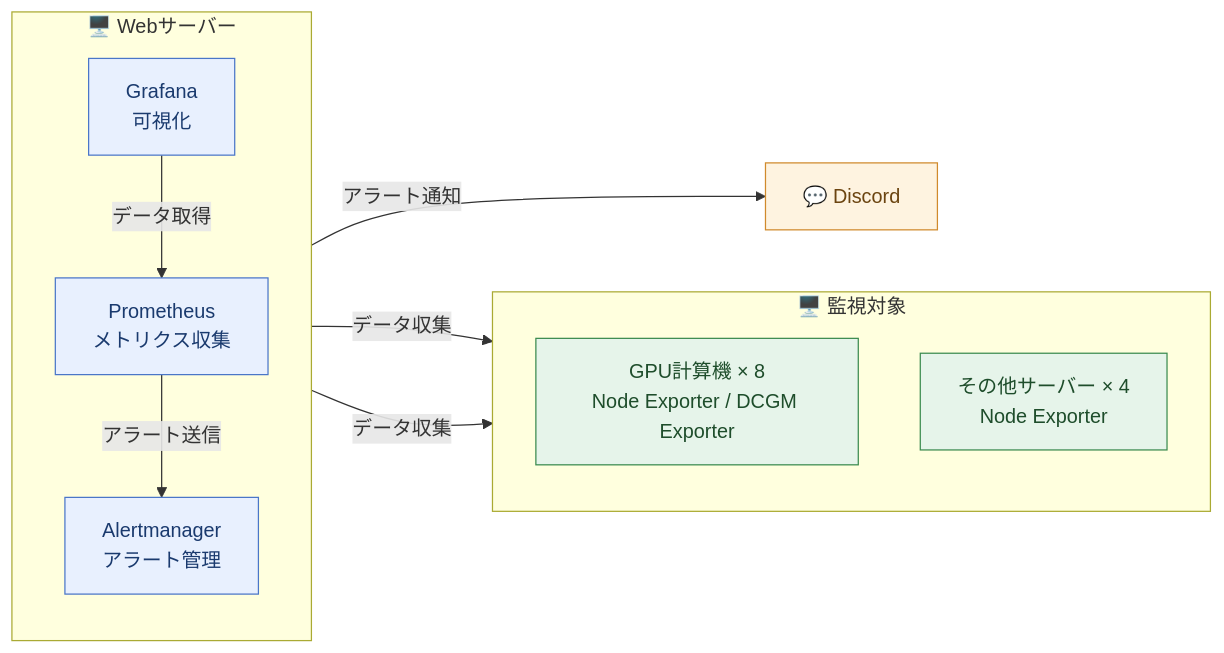
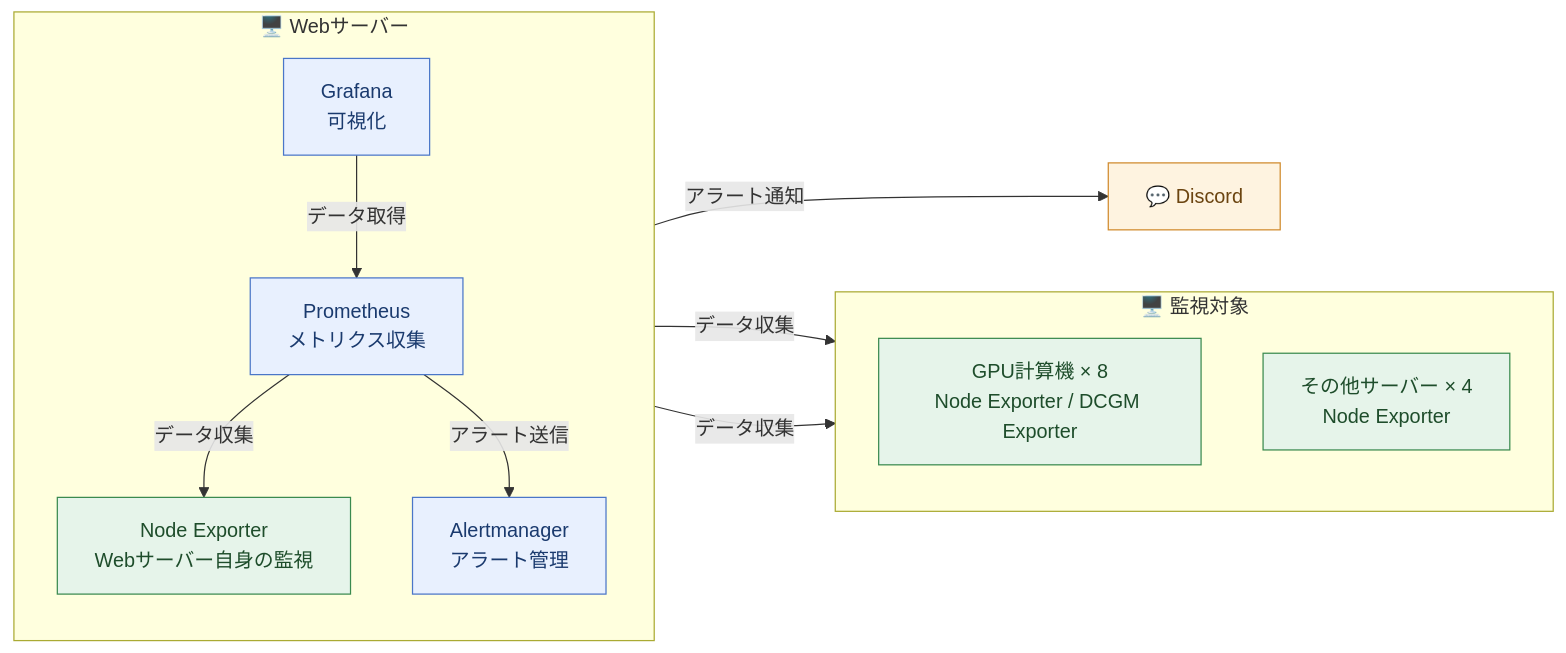
One commit to HayateKato/zenn-content changed the diagram in articles/monitoring-system.md. Above: the diagram before and after it, drawn with Mermaid. The commit also changed other lines of this file, not shown here.

````diff
--- a/articles/monitoring-system.md
+++ b/articles/monitoring-system.md
@@ -22,29 +41,31 @@
 ```mermaid
 flowchart LR
     subgraph web["🖥️ Webサーバー"]
         direction TB
         G["Grafana<br/>可視化"]
         P["Prometheus<br/>メトリクス収集"]
         A["Alertmanager<br/>アラート管理"]
+        W["Node Exporter<br/>Webサーバー自身の監視"]
+        P -- データ収集 --> W
         G -- データ取得 --> P
         P -- アラート送信 --> A
     end
 
     subgraph targets["🖥️ 監視対象"]
         direction TB
         GPU["GPU計算機 × 8<br/>Node Exporter / DCGM Exporter"]
         OTH["その他サーバー × 4<br/>Node Exporter"]
     end
 
     P -- データ収集 --> GPU
     P -- データ収集 --> OTH
     A -- アラート通知 --> S["💬 Discord"]
 
     classDef monitor fill:#e8f0fe,stroke:#4a76c8,color:#1a3a6e
     classDef target fill:#e6f4ea,stroke:#3a8a4f,color:#1e4d2b
     classDef notify fill:#fef3e0,stroke:#d08a2c,color:#6b4410
 
     class G,P,A monitor
-    class GPU,OTH target
+    class GPU,OTH,W target
     class S notify
 ```
````
